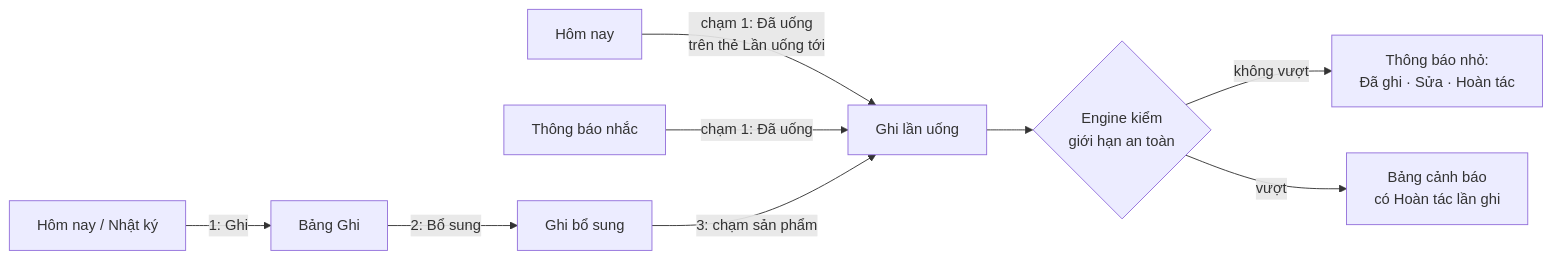
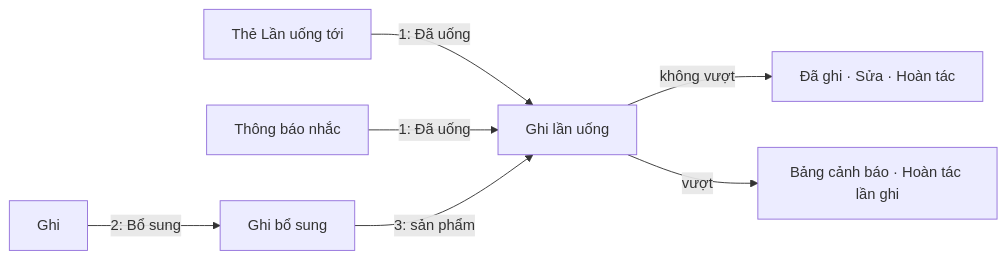
The fourth of 5 diagrams in docs/design/mvp-overview.md (anhdt9/wholewell-app), drawn with Mermaid before and after one commit. The commit also changed other lines of this file and 2 other files, not shown here.

````diff
--- a/docs/design/mvp-overview.md
+++ b/docs/design/mvp-overview.md
@@ -139,9 +114,8 @@
 ```mermaid
 flowchart LR
-  H[Hôm nay] -->|chạm 1: Đã uống<br/>trên thẻ Lần uống tới| D[Ghi lần uống]
-  TB[Thông báo nhắc] -->|chạm 1: Đã uống| D
-  H2[Hôm nay / Nhật ký] -->|1: Ghi| G[Bảng Ghi] -->|2: Bổ sung| K[Ghi bổ sung] -->|3: chạm sản phẩm| D
-  D --> U{Engine kiểm<br/>giới hạn an toàn}
-  U -->|không vượt| OK[Thông báo nhỏ:<br/>Đã ghi · Sửa · Hoàn tác]
-  U -->|vượt| CW[Bảng cảnh báo<br/>có Hoàn tác lần ghi]
+  H[Thẻ Lần uống tới] -->|1: Đã uống| D[Ghi lần uống]
+  TB[Thông báo nhắc] -->|1: Đã uống| D
+  G[Ghi] -->|2: Bổ sung| K[Ghi bổ sung] -->|3: sản phẩm| D
+  D -->|không vượt| OK[Đã ghi · Sửa · Hoàn tác]
+  D -->|vượt| CW[Bảng cảnh báo · Hoàn tác lần ghi]
 ```
````
